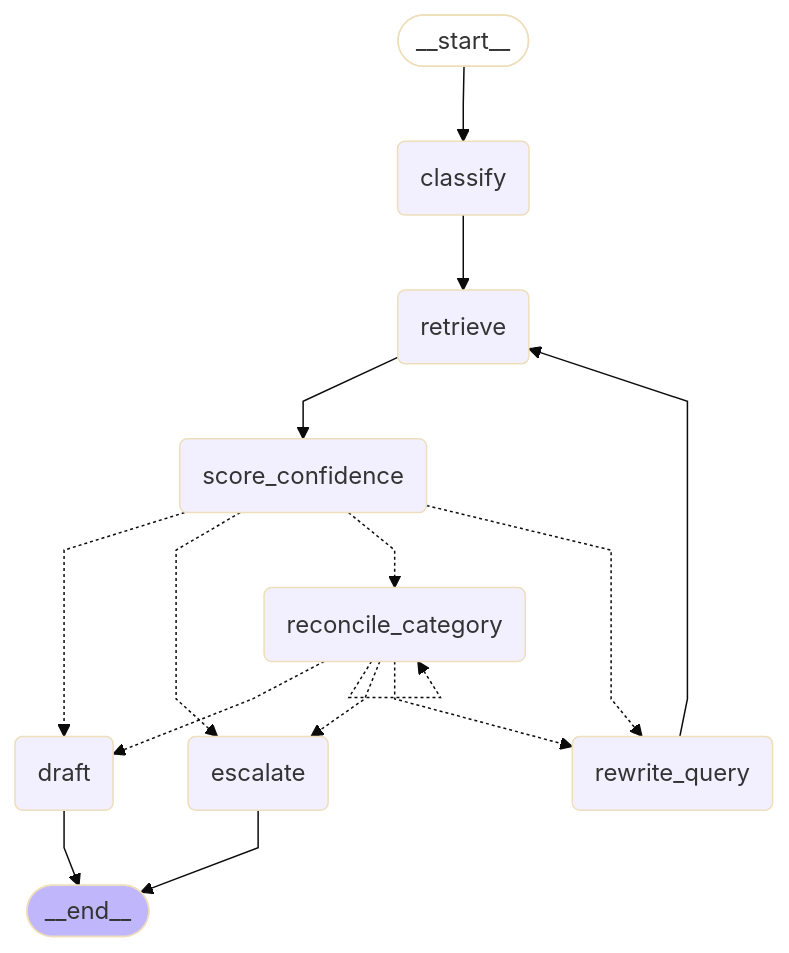
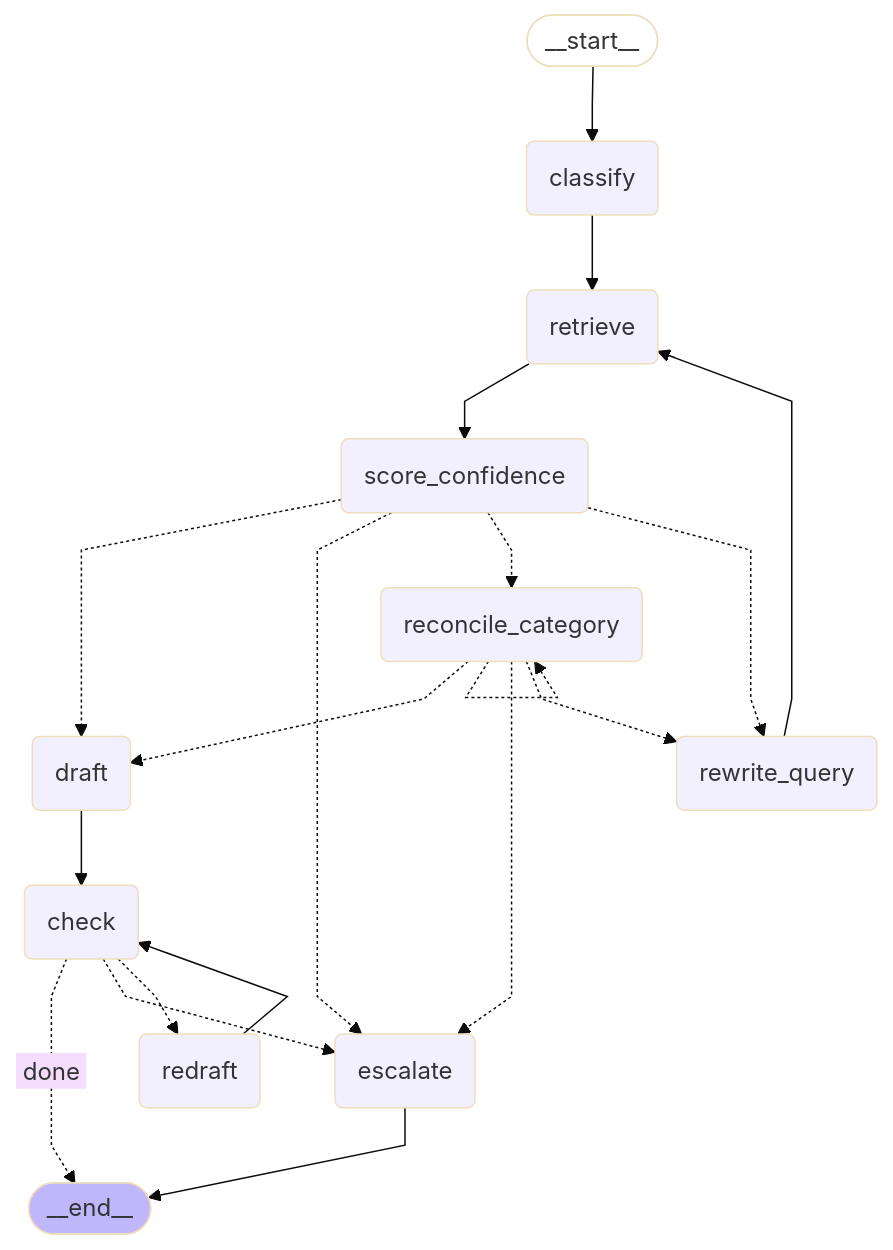
One commit to Beast-jr/ticket-agent changed the diagram in docs/graph.md. Above: the diagram before and after it, drawn with Mermaid (base theme). The commit also changed 9 other files, not shown here.

Commit message:
Day 7: self-check with citations, rule check, and one redraft

````diff
--- a/docs/graph.md
+++ b/docs/graph.md
@@ -5,35 +5,41 @@
 ```mermaid
 ---
 config:
   flowchart:
     curve: linear
 ---
 graph TD;
 	__start__([<p>__start__</p>]):::first
 	classify(classify)
 	retrieve(retrieve)
 	score_confidence(score_confidence)
 	draft(draft)
+	check(check)
+	redraft(redraft)
 	reconcile_category(reconcile_category)
 	rewrite_query(rewrite_query)
 	escalate(escalate)
 	__end__([<p>__end__</p>]):::last
 	__start__ --> classify;
+	check -. &nbsp;done&nbsp; .-> __end__;
+	check -.-> escalate;
+	check -.-> redraft;
 	classify --> retrieve;
+	draft --> check;
 	reconcile_category -.-> draft;
 	reconcile_category -.-> escalate;
 	reconcile_category -.-> rewrite_query;
+	redraft --> check;
 	retrieve --> score_confidence;
 	rewrite_query --> retrieve;
 	score_confidence -.-> draft;
 	score_confidence -.-> escalate;
 	score_confidence -.-> reconcile_category;
 	score_confidence -.-> rewrite_query;
-	draft --> __end__;
 	escalate --> __end__;
 	reconcile_category -.-> reconcile_category;
 	classDef default fill:#f2f0ff,line-height:1.2
 	classDef first fill-opacity:0
 	classDef last fill:#bfb6fc
 
 ```
````
